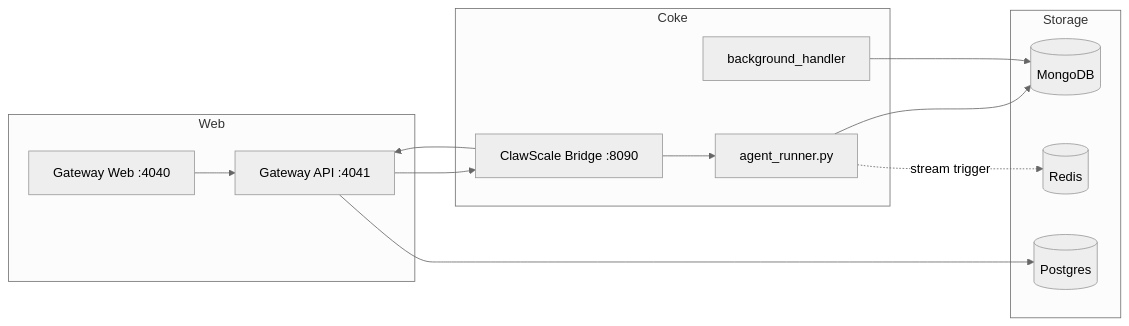
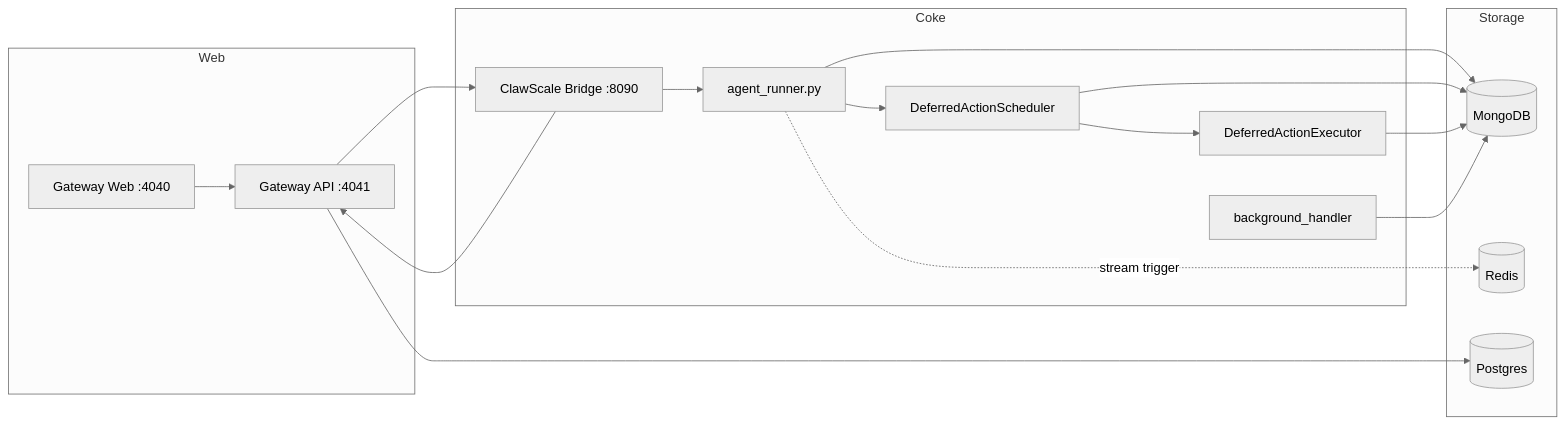
The diagram in docs/architecture.md (yidianyiko/openCoke), drawn with Mermaid (neutral theme) before and after one commit. The commit also changed other lines of this file and 69 other files, not shown here.

````diff
--- a/docs/architecture.md
+++ b/docs/architecture.md
@@ -23,28 +32,34 @@
 ```mermaid
 flowchart LR
     subgraph Web
         UI[Gateway Web :4040]
         API[Gateway API :4041]
     end
 
     subgraph Coke
         BRIDGE[ClawScale Bridge :8090]
         RUNNER[agent_runner.py]
+        SCHED[DeferredActionScheduler]
+        EXEC[DeferredActionExecutor]
         BG[background_handler]
     end
 
     subgraph Storage
         MONGO[(MongoDB)]
         REDIS[(Redis)]
         PG[(Postgres)]
     end
 
     UI --> API
     API --> BRIDGE
     BRIDGE --> RUNNER
     BRIDGE --> API
+    RUNNER --> SCHED
+    SCHED --> EXEC
     RUNNER --> MONGO
     RUNNER -. stream trigger .-> REDIS
+    SCHED --> MONGO
+    EXEC --> MONGO
     BG --> MONGO
     API --> PG
 ```
````
